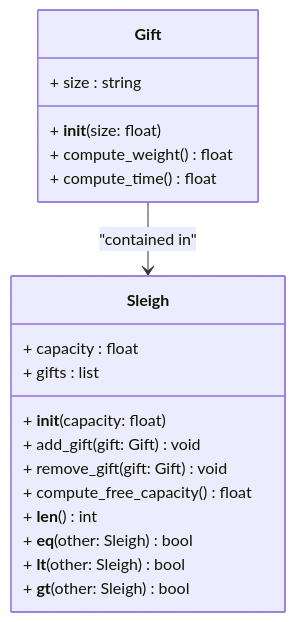
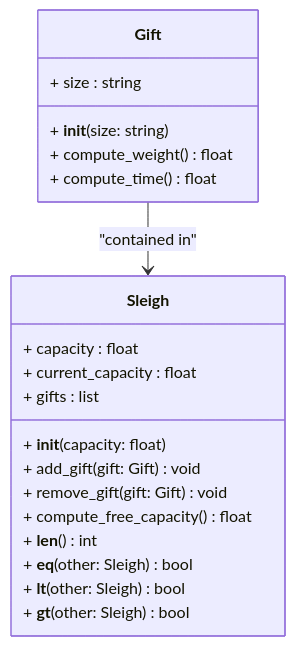
Before and after one commit to aldevgen/aldevgen.github.io: the first of 2 diagrams in _formations/oop/2_dunder.md, drawn with Mermaid.

Commit message:
Add current capacity

````diff
--- a/_formations/oop/2_dunder.md
+++ b/_formations/oop/2_dunder.md
@@ -26,25 +26,26 @@
 ```mermaid
 classDiagram
     class Gift {
         + size : string
-        + __init__(size: float)
+        + __init__(size: string)
         + compute_weight() float
         + compute_time() float
     }
 
     class Sleigh {
-        + capacity : float 
+        + capacity : float
+        + current_capacity : float
         + gifts : list
         + __init__(capacity: float)
         + add_gift(gift: Gift) void
         + remove_gift(gift: Gift) void
         + compute_free_capacity() float
         + __len__() int
         + __eq__(other: Sleigh) bool
         + __lt__(other: Sleigh) bool
         + __gt__(other: Sleigh) bool
     }
 
     Gift --> Sleigh : "contained in"
 
 ```
````
